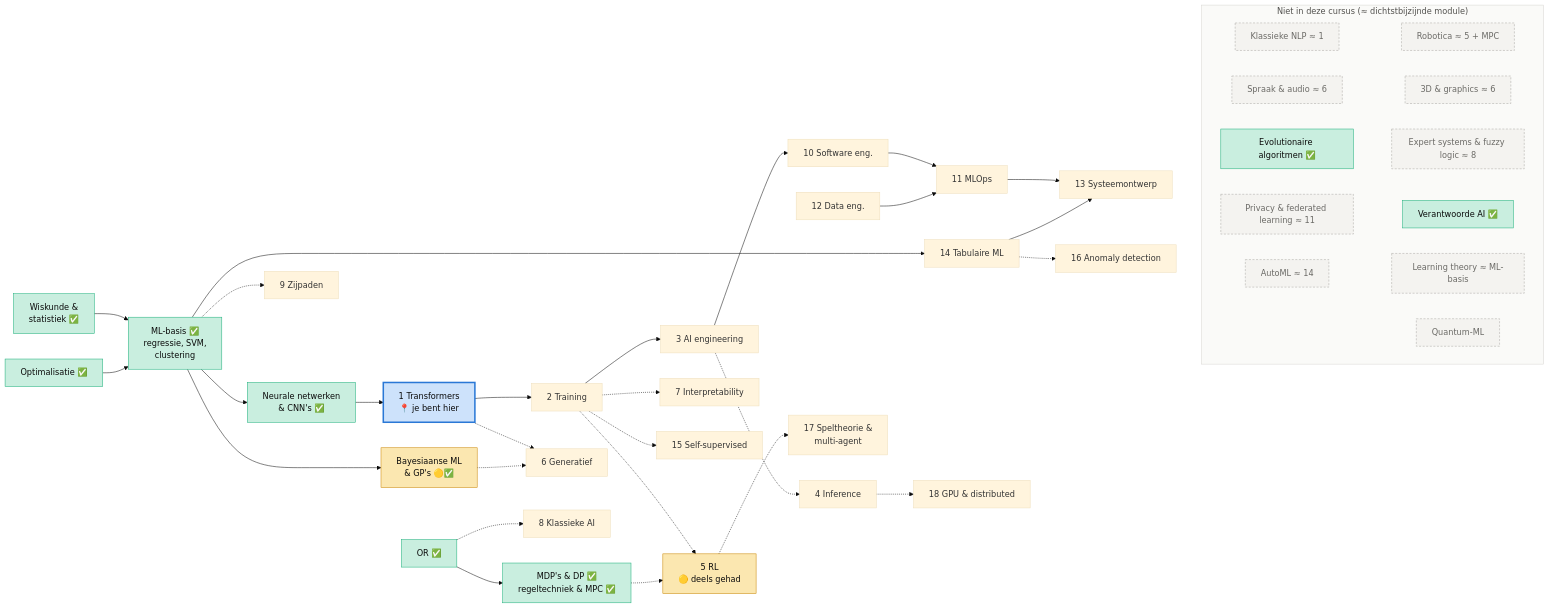
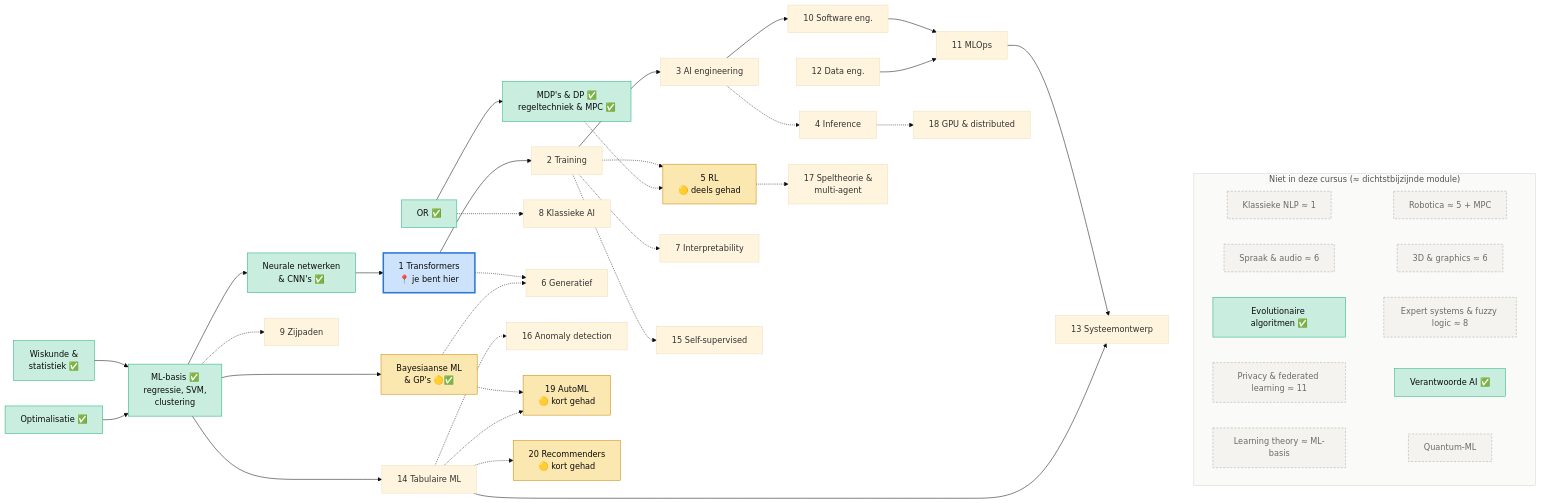
Before and after one commit to jeroenderuijter2002/Self-learning-AI: the diagram in README.md, drawn with Mermaid (base theme). The commit also changed other lines of this file and 3 other files, not shown here.

````diff
--- a/README.md
+++ b/README.md
@@ -59,61 +61,62 @@
 ```mermaid
 flowchart LR
     W["Wiskunde &<br/>statistiek ✅"] --> MLB["ML-basis ✅<br/>regressie, SVM,<br/>clustering"]
     OPT["Optimalisatie ✅"] --> MLB
     MLB --> NN["Neurale netwerken<br/>& CNN's ✅"]
     MLB --> BAY["Bayesiaanse ML<br/>& GP's 🟡✅"]
     OR["OR ✅"] --> MDP["MDP's & DP ✅<br/>regeltechniek & MPC ✅"]
 
     NN --> M1["1 Transformers<br/>📍 je bent hier"]
     M1 --> M2["2 Training"] --> M3["3 AI engineering"]
     M3 --> M10["10 Software eng."] --> M11["11 MLOps"]
     M11 --> M13["13 Systeemontwerp"]
     M14["14 Tabulaire ML"] --> M13
     M12["12 Data eng."] --> M11
     MLB --> M14
     M3 -.-> M4["4 Inference"]
     M2 -.-> M5["5 RL<br/>🟡 deels gehad"]
     MDP -.-> M5
+    OR -.-> M8["8 Klassieke AI"]
     M2 -.-> M7["7 Interpretability"]
     M1 -.-> M6["6 Generatief"]
     BAY -.-> M6
     MLB -.-> M9["9 Zijpaden"]
-    OR -.-> M8["8 Klassieke AI"]
     M2 -.-> M15["15 Self-supervised"]
     M14 -.-> M16["16 Anomaly detection"]
     M5 -.-> M17["17 Speltheorie &<br/>multi-agent"]
     M4 -.-> M18["18 GPU & distributed"]
+    BAY -.-> M19["19 AutoML<br/>🟡 kort gehad"]
+    M14 -.-> M19
+    M14 -.-> M20["20 Recommenders<br/>🟡 kort gehad"]
 
     subgraph NIET["Niet in deze cursus (≈ dichtstbijzijnde module)"]
         direction LR
         X1["Klassieke NLP ≈ 1"]
         X10["Robotica ≈ 5 + MPC"]
         X2["Spraak & audio ≈ 6"]
         X3["3D & graphics ≈ 6"]
         X7["Evolutionaire algoritmen ✅"]
         X8["Expert systems & fuzzy logic ≈ 8"]
         X12["Privacy & federated learning ≈ 11"]
         X13["Verantwoorde AI ✅"]
-        X6["AutoML ≈ 14"]
         X5["Learning theory ≈ ML-basis"]
         X14["Quantum-ML"]
         X1 ~~~ X10
         X2 ~~~ X3
         X7 ~~~ X8
         X12 ~~~ X13
-        X6 ~~~ X5
-        X14
+        X5 ~~~ X14
     end
     M13 ~~~ NIET
 
     classDef had fill:#c9eedf,stroke:#1baf7a,color:#0b0b0b
     classDef bezig fill:#fbe7b0,stroke:#c98500,color:#0b0b0b
     classDef nu fill:#cde2fb,stroke:#2a78d6,stroke-width:3px,color:#0b0b0b
     classDef niet fill:#f4f3f0,stroke:#a8a7a2,color:#6b6a66,stroke-dasharray:4 3
     class W,OPT,MLB,NN,OR,MDP had
-    class BAY,M5 bezig
+    class BAY,M5,M19,M20 bezig
     class M1 nu
-    class X1,X2,X3,X5,X6,X8,X10,X12,X14 niet
+    class X1,X2,X3,X5,X8,X10,X12,X14 niet
     class X7,X13 had
     style NIET fill:#fafaf8,stroke:#d6d5d0,color:#52514e
 ```
````
